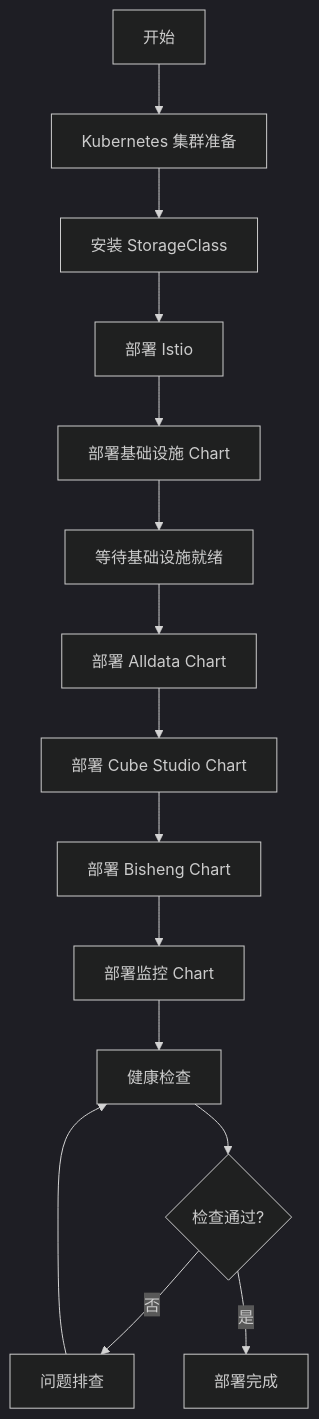
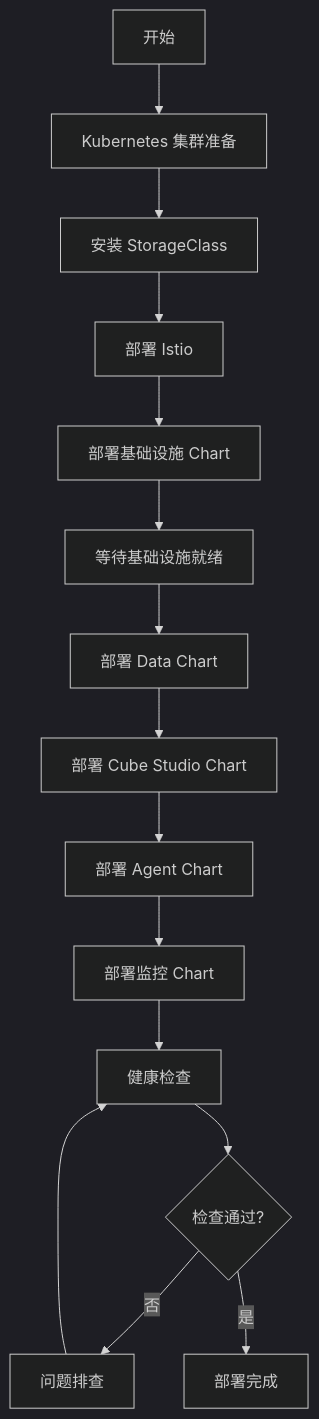
One commit to iannil/one-data-studio changed the diagram in docs/02-integration/deployment-architecture.md. Above: the diagram before and after it, drawn with Mermaid (dark theme). The commit also changed other lines of this file and 228 other files, not shown here.

````diff
--- a/docs/02-integration/deployment-architecture.md
+++ b/docs/02-integration/deployment-architecture.md
@@ -662,17 +662,17 @@
 ```mermaid
 graph TD
     A[开始] --> B[Kubernetes 集群准备]
     B --> C[安装 StorageClass]
     C --> D[部署 Istio]
     D --> E[部署基础设施 Chart]
     E --> F[等待基础设施就绪]
-    F --> G[部署 Alldata Chart]
+    F --> G[部署 Data Chart]
     G --> H[部署 Cube Studio Chart]
-    H --> I[部署 Bisheng Chart]
+    H --> I[部署 Agent Chart]
     I --> J[部署监控 Chart]
     J --> K[健康检查]
     K --> L{检查通过?}
     L -->|否| M[问题排查]
     M --> K
     L -->|是| N[部署完成]
 ```
````
